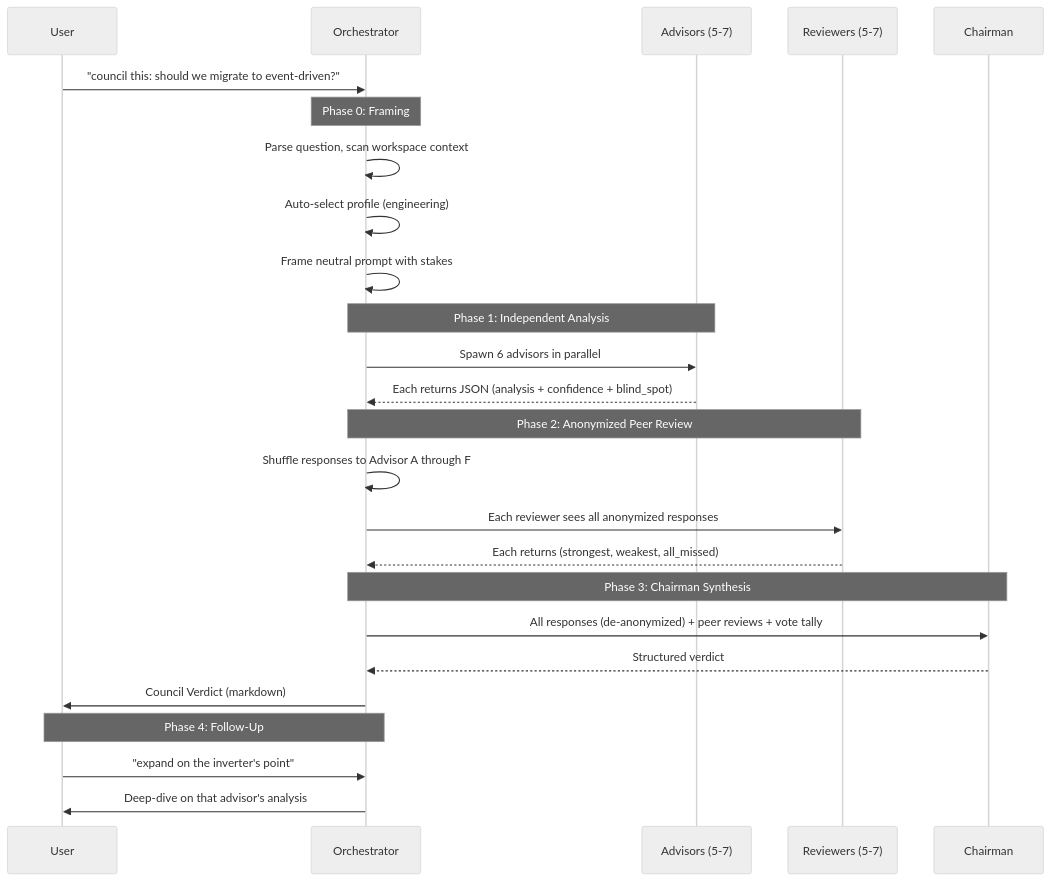
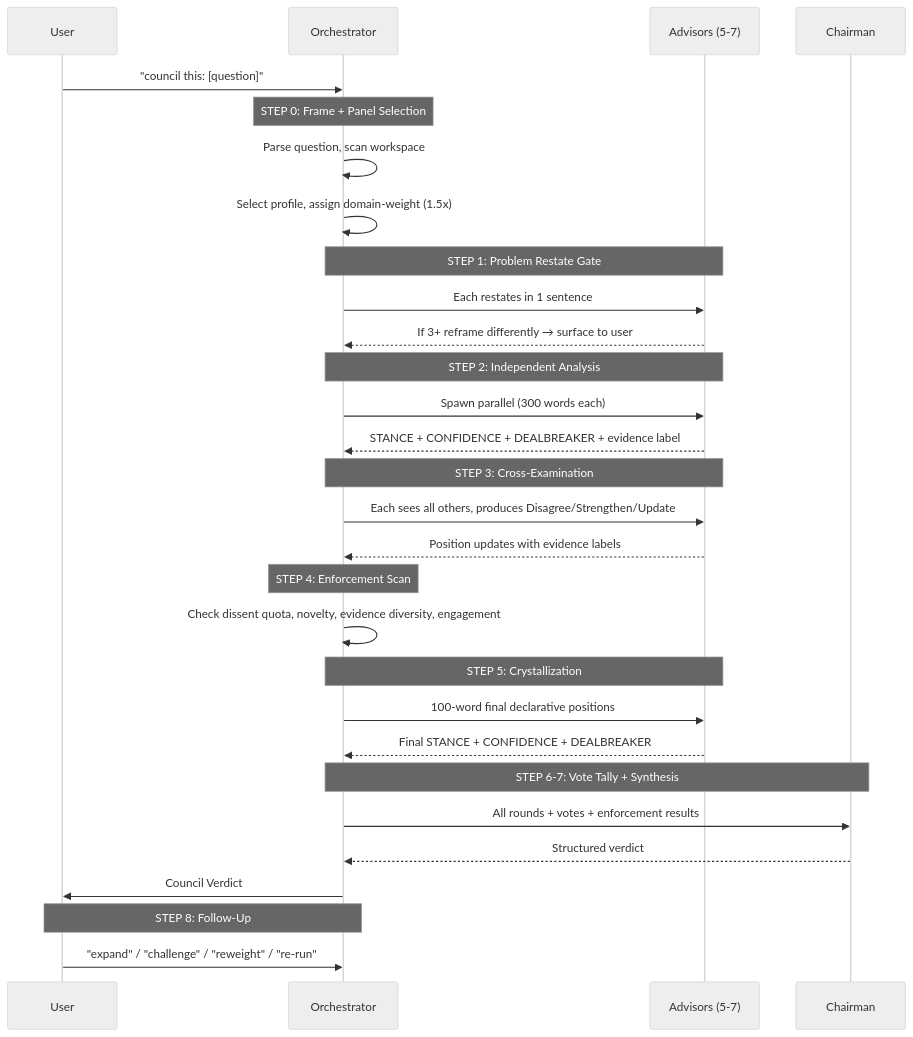
Before and after one commit to BhavanPatel/council-of-minds: the second of 6 diagrams in docs/architecture.md, drawn with Mermaid (neutral theme). The commit also changed other lines of this file and 5 other files, not shown here.

First line of the commit message:
feat: complete overhaul — 5-round deliberation, cross-examination, vote tally, kill criteria

````diff
--- a/docs/architecture.md
+++ b/docs/architecture.md
@@ -52,34 +25,41 @@
 ```mermaid
 sequenceDiagram
     participant U as User
     participant O as Orchestrator
     participant A as Advisors (5-7)
-    participant R as Reviewers (5-7)
     participant C as Chairman
 
-    U->>O: "council this: should we migrate to event-driven?"
-    
-    Note over O: Phase 0: Framing
-    O->>O: Parse question, scan workspace context
-    O->>O: Auto-select profile (engineering)
-    O->>O: Frame neutral prompt with stakes
+    U->>O: "council this: [question]"
 
-    Note over O,A: Phase 1: Independent Analysis
-    O->>A: Spawn 6 advisors in parallel
-    A-->>O: Each returns JSON (analysis + confidence + blind_spot)
+    Note over O: STEP 0: Frame + Panel Selection
+    O->>O: Parse question, scan workspace
+    O->>O: Select profile, assign domain-weight (1.5x)
 
-    Note over O,R: Phase 2: Anonymized Peer Review
-    O->>O: Shuffle responses to Advisor A through F
-    O->>R: Each reviewer sees all anonymized responses
-    R-->>O: Each returns (strongest, weakest, all_missed)
+    Note over O,A: STEP 1: Problem Restate Gate
+    O->>A: Each restates in 1 sentence
+    A-->>O: If 3+ reframe differently → surface to user
 
-    Note over O,C: Phase 3: Chairman Synthesis
-    O->>C: All responses (de-anonymized) + peer reviews + vote tally
+    Note over O,A: STEP 2: Independent Analysis
+    O->>A: Spawn parallel (300 words each)
+    A-->>O: STANCE + CONFIDENCE + DEALBREAKER + evidence label
+
+    Note over O,A: STEP 3: Cross-Examination
+    O->>A: Each sees all others, produces Disagree/Strengthen/Update
+    A-->>O: Position updates with evidence labels
+
+    Note over O: STEP 4: Enforcement Scan
+    O->>O: Check dissent quota, novelty, evidence diversity, engagement
+
+    Note over O,A: STEP 5: Crystallization
+    O->>A: 100-word final declarative positions
+    A-->>O: Final STANCE + CONFIDENCE + DEALBREAKER
+
+    Note over O,C: STEP 6-7: Vote Tally + Synthesis
+    O->>C: All rounds + votes + enforcement results
     C-->>O: Structured verdict
 
-    O->>U: Council Verdict (markdown)
+    O->>U: Council Verdict
 
-    Note over U,O: Phase 4: Follow-Up
-    U->>O: "expand on the inverter's point"
-    O->>U: Deep-dive on that advisor's analysis
+    Note over U,O: STEP 8: Follow-Up
+    U->>O: "expand" / "challenge" / "reweight" / "re-run"
 ```
````
